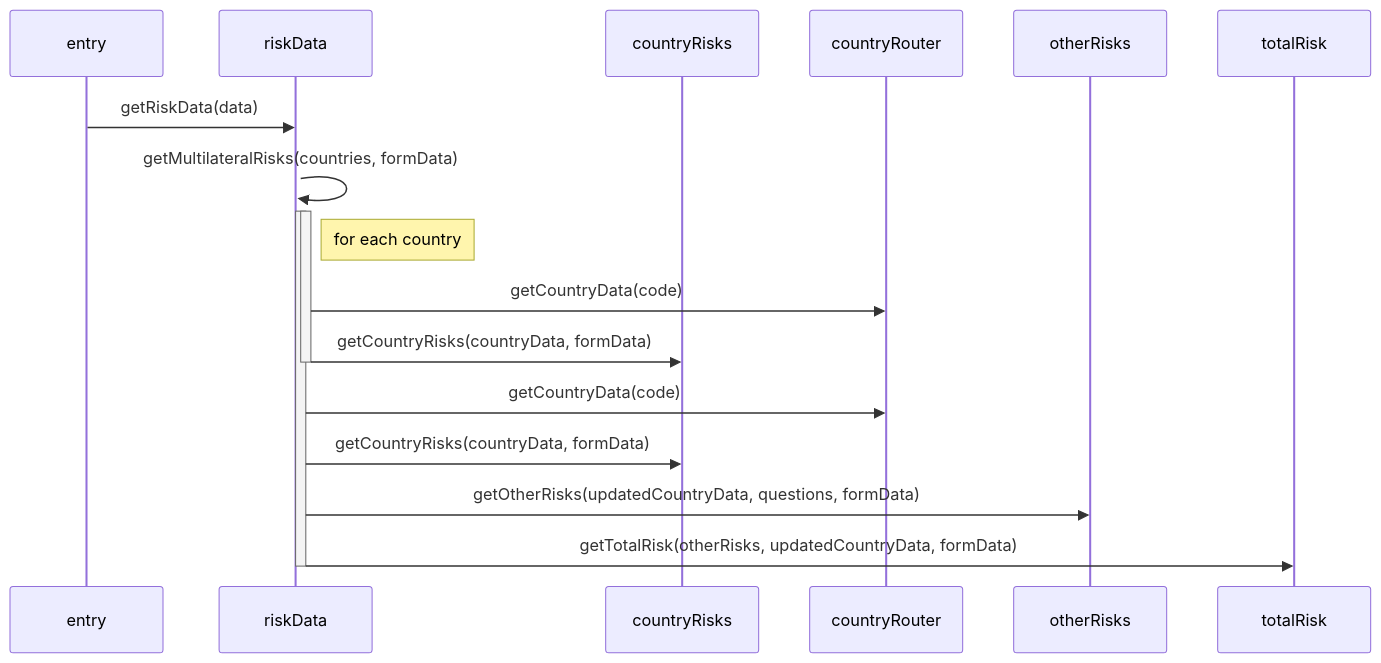
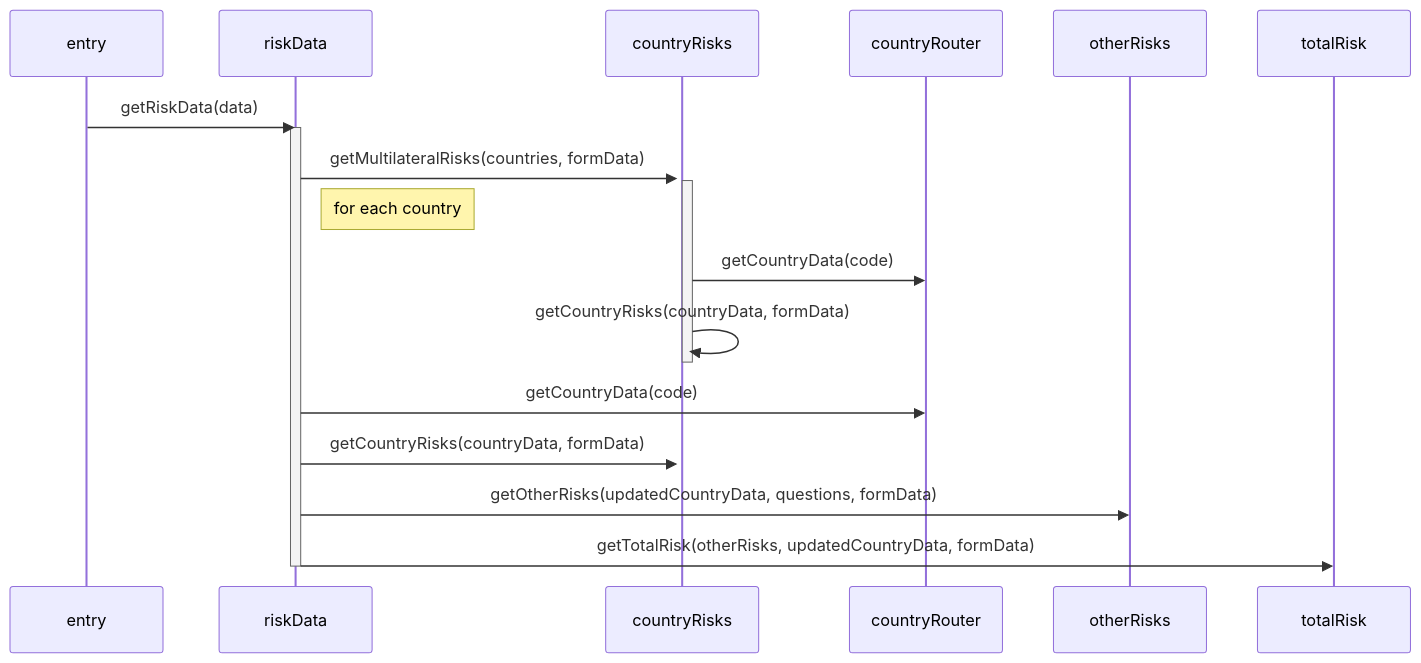
The diagram in docs/control_flow.md (UniversityOfHelsinkiCS/riksutin), drawn with Mermaid before and after one commit.

Commit message:
Refactor riskData flow to use countryRisks

````diff
--- a/docs/control_flow.md
+++ b/docs/control_flow.md
@@ -1,23 +1,23 @@
 ```mermaid
 sequenceDiagram
     participant entry
     participant riskData
     participant countryRisks
     participant countryRouter
     participant otherRisks
     participant totalRisk
 
     entry->>riskData: getRiskData(data)
     activate riskData
-    riskData ->>+ riskData: getMultilateralRisks(countries, formData)
-    activate riskData
+    riskData ->>+ countryRisks: getMultilateralRisks(countries, formData)
+    activate countryRisks
     Note right of riskData: for each country
-    riskData ->> countryRouter: getCountryData(code)
-    riskData ->> countryRisks: getCountryRisks(countryData, formData)
-    deactivate riskData
+    countryRisks ->> countryRouter: getCountryData(code)
+    countryRisks ->> countryRisks: getCountryRisks(countryData, formData)
+    deactivate countryRisks
     riskData ->> countryRouter: getCountryData(code)
     riskData ->> countryRisks: getCountryRisks(countryData, formData)
     riskData ->> otherRisks: getOtherRisks(updatedCountryData, questions, formData)
     riskData ->> totalRisk: getTotalRisk(otherRisks, updatedCountryData, formData)
     deactivate riskData
 ```
````
